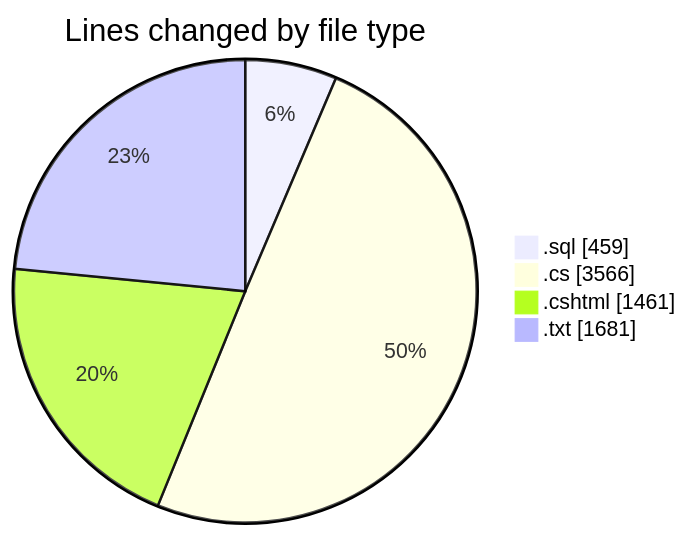
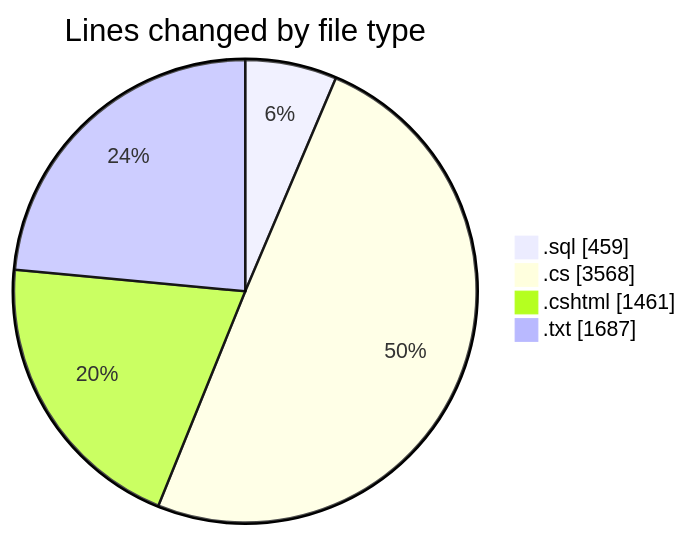
The first of 2 diagrams in 2025-07-23/quanlyrapchieuphim/README.md (lephambinh05/code-tracking), drawn with Mermaid before and after one commit. The commit also changed other lines of this file and 1 other file, not shown here.

````diff
--- a/2025-07-23/quanlyrapchieuphim/README.md
+++ b/2025-07-23/quanlyrapchieuphim/README.md
@@ -33,8 +33,8 @@
 ```mermaid
 pie showData
 title Lines changed by file type
 ".sql" : 459
-".cs" : 3566
+".cs" : 3568
 ".cshtml" : 1461
-".txt" : 1681
+".txt" : 1687
 ```
````
